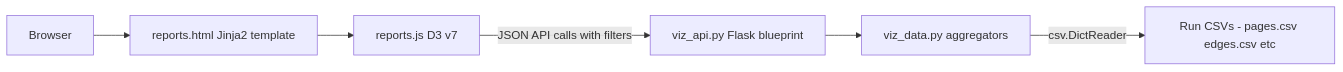
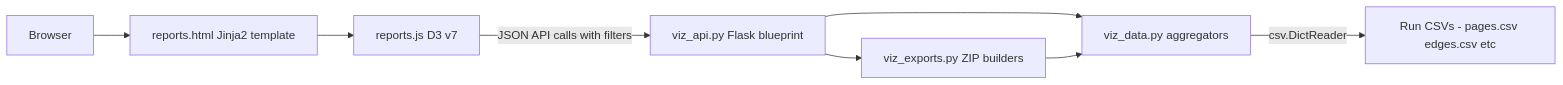
Before and after one commit to hooperstu/CrawlStreetJournal: the seventh of 10 diagrams in architecture.md, drawn with Mermaid. The commit also changed other lines of this file, not shown here.

First line of the commit message:
docs: refresh architecture for dashboard reports, exports, and tests

````diff
--- a/architecture.md
+++ b/architecture.md
@@ -587,15 +600,18 @@
 ```mermaid
 graph LR
     browser[Browser]
     reportsHtml[reports.html Jinja2 template]
     reportsJs[reports.js D3 v7]
     vizApiBp[viz_api.py Flask blueprint]
     vizDataMod[viz_data.py aggregators]
+    vizExports[viz_exports.py ZIP builders]
     csvFiles[Run CSVs - pages.csv edges.csv etc]
 
     browser --> reportsHtml
     reportsHtml --> reportsJs
     reportsJs -->|JSON API calls with filters| vizApiBp
     vizApiBp --> vizDataMod
+    vizApiBp --> vizExports
+    vizExports --> vizDataMod
     vizDataMod -->|csv.DictReader| csvFiles
 ```
````
